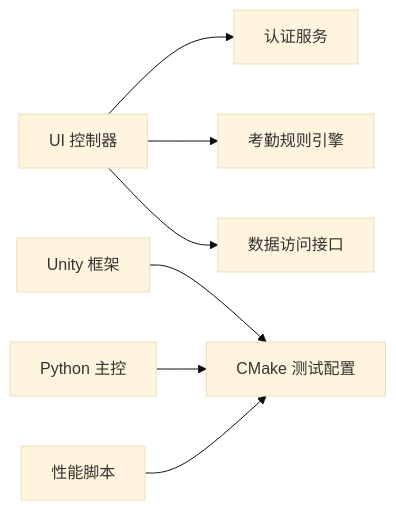
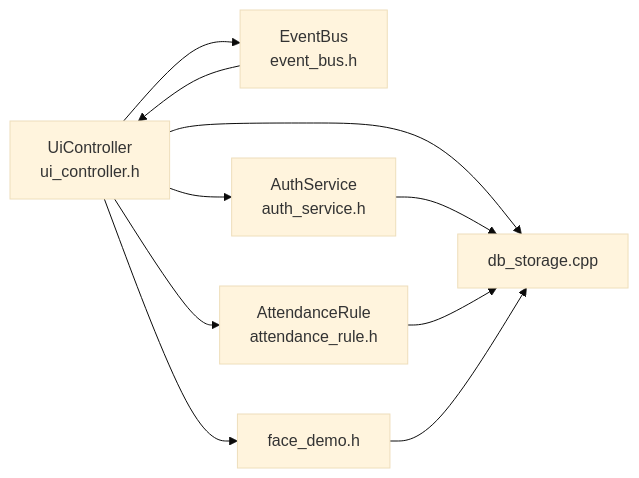
Before and after one commit to Drunk552/SmartAttendance: the third of 3 diagrams in .qoder/repowiki/zh/content/开发指南/测试策略与实施.md, drawn with Mermaid (base theme). The commit also changed other lines of this file and 119 other files, not shown here.

````diff
--- a/.qoder/repowiki/zh/content/开发指南/测试策略与实施.md
+++ b/.qoder/repowiki/zh/content/开发指南/测试策略与实施.md
@@ -245,9 +238,12 @@
 ```mermaid
 graph LR
-UI["UI 控制器"] --> AUTH["认证服务"]
-UI --> RULE["考勤规则引擎"]
-UI --> DB["数据访问接口"]
-UNITY["Unity 框架"] --> CMAKE["CMake 测试配置"]
-PY["Python 主控"] --> CMAKE
-PERF["性能脚本"] --> CMAKE
+UI["UiController<br/>ui_controller.h"] --> EventBus["EventBus<br/>event_bus.h"]
+UI --> Auth["AuthService<br/>auth_service.h"]
+UI --> Rule["AttendanceRule<br/>attendance_rule.h"]
+UI --> Face["face_demo.h"]
+UI --> DB["db_storage.cpp"]
+EventBus --> UI
+Auth --> DB
+Rule --> DB
+Face --> DB
 ```
````
